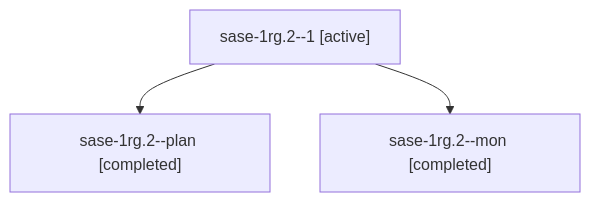
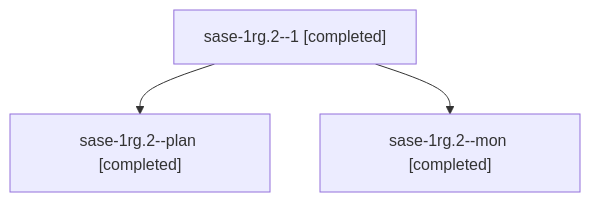
The diagram in sessions/bbugyi200.athena.sase-1rg.2.md (sase-org/sase--agents), drawn with Mermaid before and after one commit. The commit also changed other lines of this file and 30 other files, not shown here.

````diff
--- a/sessions/bbugyi200.athena.sase-1rg.2.md
+++ b/sessions/bbugyi200.athena.sase-1rg.2.md
@@ -9,8 +9,8 @@
 ```mermaid
 flowchart TD
-  n0["sase-1rg.2--1 [active]"]
+  n0["sase-1rg.2--1 [completed]"]
   n1["sase-1rg.2--plan [completed]"]
   n0 --> n1
   n2["sase-1rg.2--mon [completed]"]
   n0 --> n2
 ```
````
